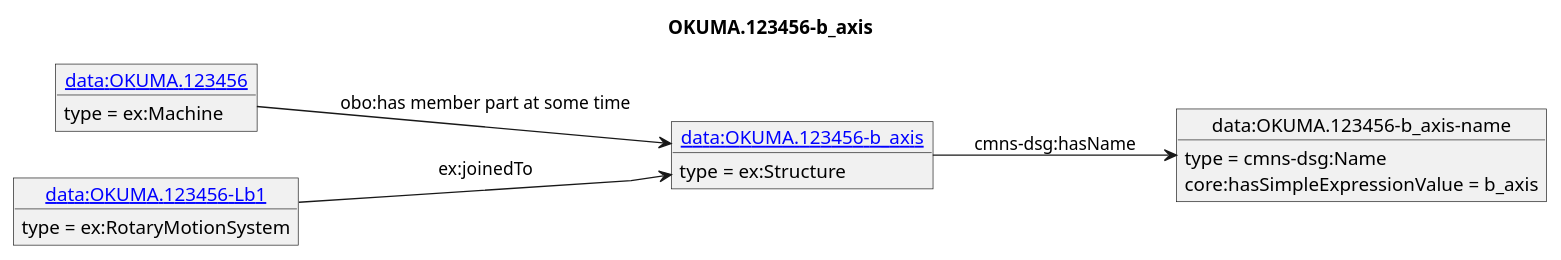
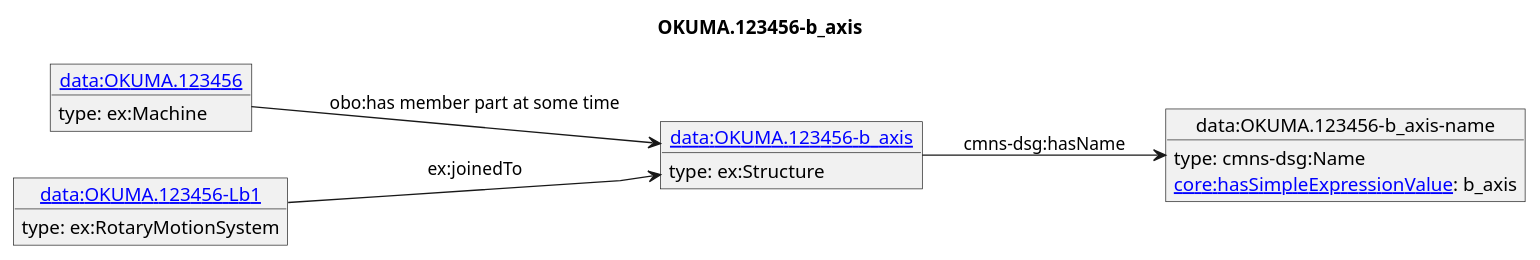
Before and after one commit to iofoundry/example-syseng-mtconnect: the diagram in diagrams/OKUMA.123456-b_axis.puml, drawn with PlantUML. The commit also changed 143 other files, not shown here.

Commit message:
Added links for core ontology

```diff
--- a/diagrams/OKUMA.123456-b_axis.puml
+++ b/diagrams/OKUMA.123456-b_axis.puml
@@ -1,21 +1,21 @@
 @startuml
 skinparam linetype polyline
 left to right direction
 title OKUMA.123456-b_axis
 object "[[./OKUMA.123456-b_axis.html data:OKUMA.123456-b_axis]]" as o1 {
- type = ex:Structure
- }
+ type: ex:Structure 
+}
 object "data:OKUMA.123456-b_axis-name" as o2 {
- type = cmns-dsg:Name
- }
+ type: cmns-dsg:Name 
+}
 object "[[./OKUMA.123456.html data:OKUMA.123456]]" as o3 {
- type = ex:Machine
- }
+ type: ex:Machine 
+}
 object "[[./OKUMA.123456-Lb1.html data:OKUMA.123456-Lb1]]" as o4 {
- type = ex:RotaryMotionSystem
- }
+ type: ex:RotaryMotionSystem 
+}
 o1 --> o2 : cmns-dsg:hasName
-o2 : core:hasSimpleExpressionValue = b_axis
+o2 : [[https://spec.industrialontologies.org/ontology/core/Core/hasSimpleExpressionValue core:hasSimpleExpressionValue]]: b_axis
 o3 --> o1 : obo:has member part at some time
 o4 --> o1 : ex:joinedTo
 @enduml
```
